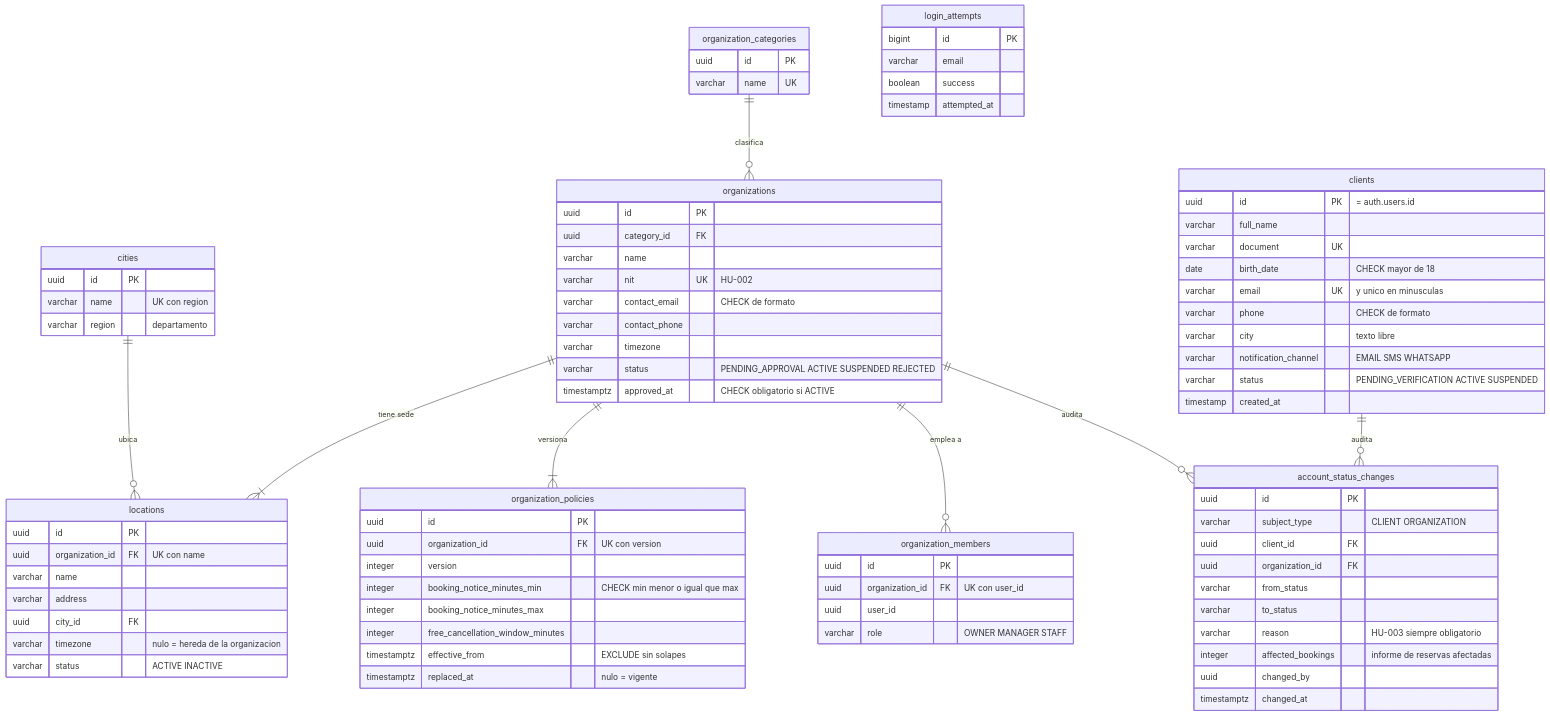
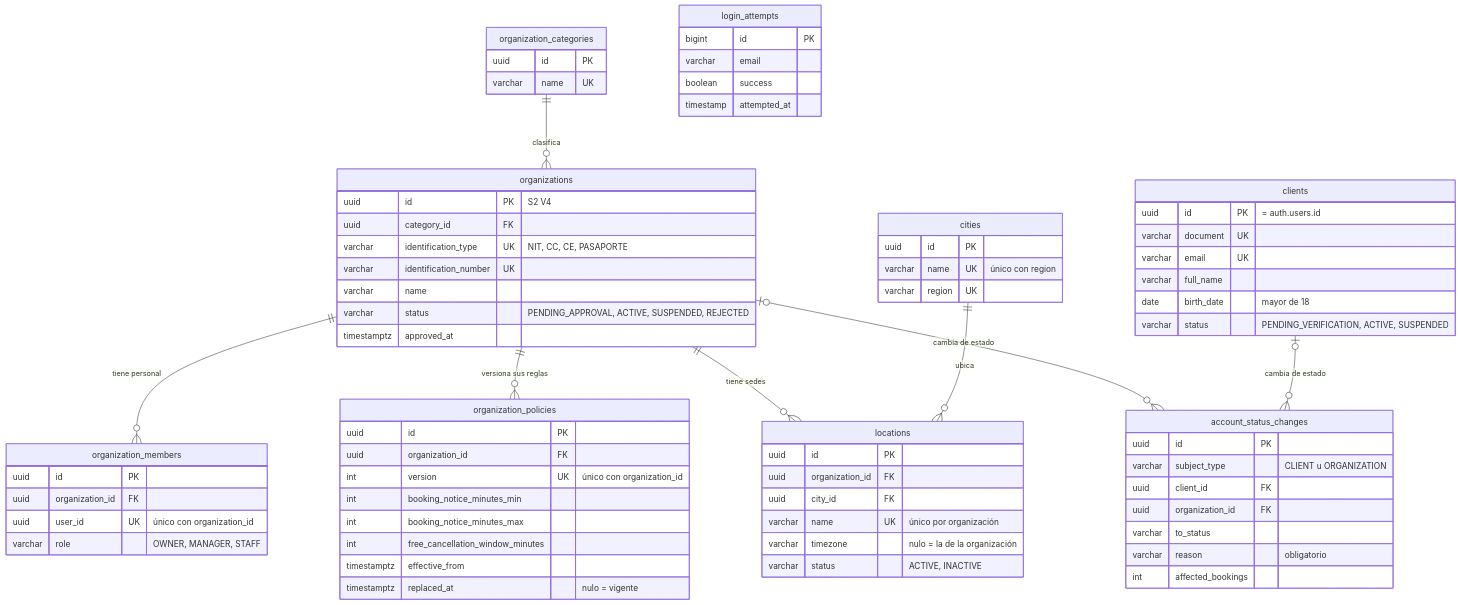
Before and after one commit to andersonhg19/bookingplatform-BDs: the first of 3 diagrams in README.md, drawn with Mermaid. The commit also changed other lines of this file and 24 other files, not shown here.

````diff
--- a/README.md
+++ b/README.md
@@ -172,29 +95,29 @@
 ```mermaid
 erDiagram
-    cities ||--o{ locations : "ubica"
-    organization_categories ||--o{ organizations : "clasifica"
-    organizations ||--|{ locations : "tiene sede"
-    organizations ||--|{ organization_policies : "versiona"
-    organizations ||--o{ organization_members : "emplea a"
-    organizations ||--o{ account_status_changes : "audita"
-    clients ||--o{ account_status_changes : "audita"
+    organization_categories ||--o{ organizations : clasifica
+    organizations ||--o{ organization_members : "tiene personal"
+    organizations ||--o{ organization_policies : "versiona sus reglas"
+    organizations ||--o{ locations : "tiene sedes"
+    cities ||--o{ locations : ubica
+    organizations |o--o{ account_status_changes : "cambia de estado"
+    clients |o--o{ account_status_changes : "cambia de estado"
 
     cities {
         uuid id PK
-        varchar name "UK con region"
-        varchar region "departamento"
+        varchar name UK "único con region"
+        varchar region UK
+    }
+    organization_categories {
+        uuid id PK
+        varchar name UK
     }
     clients {
         uuid id PK "= auth.users.id"
+        varchar document UK
+        varchar email UK
         varchar full_name
-        varchar document UK
-        date birth_date "CHECK mayor de 18"
-        varchar email UK "y unico en minusculas"
-        varchar phone "CHECK de formato"
-        varchar city "texto libre"
-        varchar notification_channel "EMAIL SMS WHATSAPP"
-        varchar status "PENDING_VERIFICATION ACTIVE SUSPENDED"
-        timestamp created_at
+        date birth_date "mayor de 18"
+        varchar status "PENDING_VERIFICATION, ACTIVE, SUSPENDED"
     }
     login_attempts {
         bigint id PK
@@ -202,56 +125,46 @@
         boolean success
         timestamp attempted_at
     }
-    organization_categories {
-        uuid id PK
-        varchar name UK
-    }
     organizations {
-        uuid id PK
+        uuid id PK "S2 V4"
         uuid category_id FK
+        varchar identification_type UK "NIT, CC, CE, PASAPORTE"
+        varchar identification_number UK
         varchar name
-        varchar nit UK "HU-002"
-        varchar contact_email "CHECK de formato"
-        varchar contact_phone
-        varchar timezone
-        varchar status "PENDING_APPROVAL ACTIVE SUSPENDED REJECTED"
-        timestamptz approved_at "CHECK obligatorio si ACTIVE"
+        varchar status "PENDING_APPROVAL, ACTIVE, SUSPENDED, REJECTED"
+        timestamptz approved_at
     }
     organization_members {
         uuid id PK
-        uuid organization_id FK "UK con user_id"
-        uuid user_id
-        varchar role "OWNER MANAGER STAFF"
+        uuid organization_id FK
+        uuid user_id UK "único con organization_id"
+        varchar role "OWNER, MANAGER, STAFF"
     }
     organization_policies {
         uuid id PK
-        uuid organization_id FK "UK con version"
-        integer version
-        integer booking_notice_minutes_min "CHECK min menor o igual que max"
-        integer booking_notice_minutes_max
-        integer free_cancellation_window_minutes
-        timestamptz effective_from "EXCLUDE sin solapes"
+        uuid organization_id FK
+        int version UK "único con organization_id"
+        int booking_notice_minutes_min
+        int booking_notice_minutes_max
+        int free_cancellation_window_minutes
+        timestamptz effective_from
         timestamptz replaced_at "nulo = vigente"
     }
     locations {
         uuid id PK
-        uuid organization_id FK "UK con name"
-        varchar name
-        varchar address
+        uuid organization_id FK
         uuid city_id FK
-        varchar timezone "nulo = hereda de la organizacion"
-        varchar status "ACTIVE INACTIVE"
+        varchar name UK "único por organización"
+        varchar timezone "nulo = la de la organización"
+        varchar status "ACTIVE, INACTIVE"
     }
     account_status_changes {
         uuid id PK
-        varchar subject_type "CLIENT ORGANIZATION"
+        varchar subject_type "CLIENT u ORGANIZATION"
         uuid client_id FK
         uuid organization_id FK
-        varchar from_status
         varchar to_status
-        varchar reason "HU-003 siempre obligatorio"
-        integer affected_bookings "informe de reservas afectadas"
-        uuid changed_by
-        timestamptz changed_at
+        varchar reason "obligatorio"
+        int affected_bookings
     }
 ```
````
